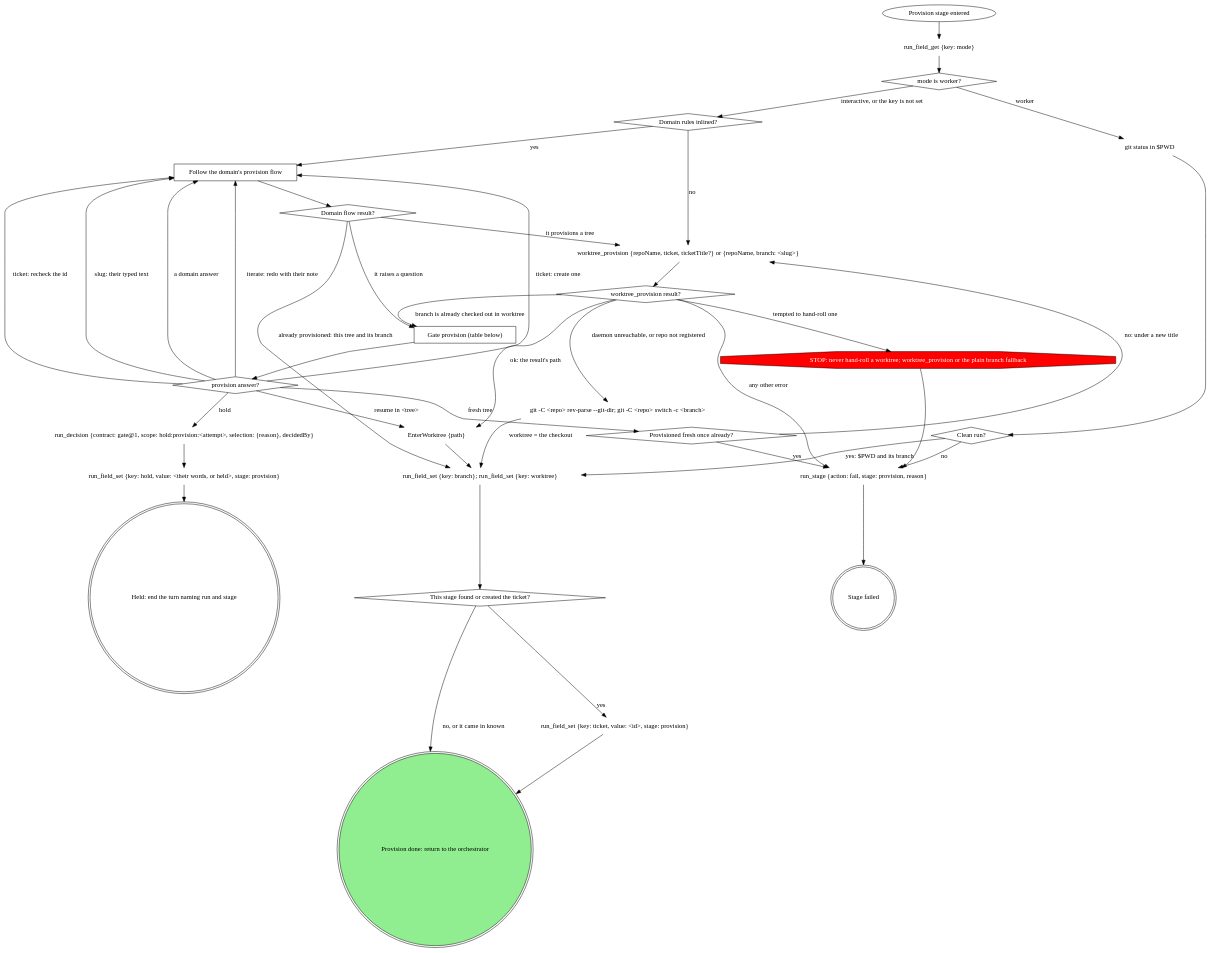
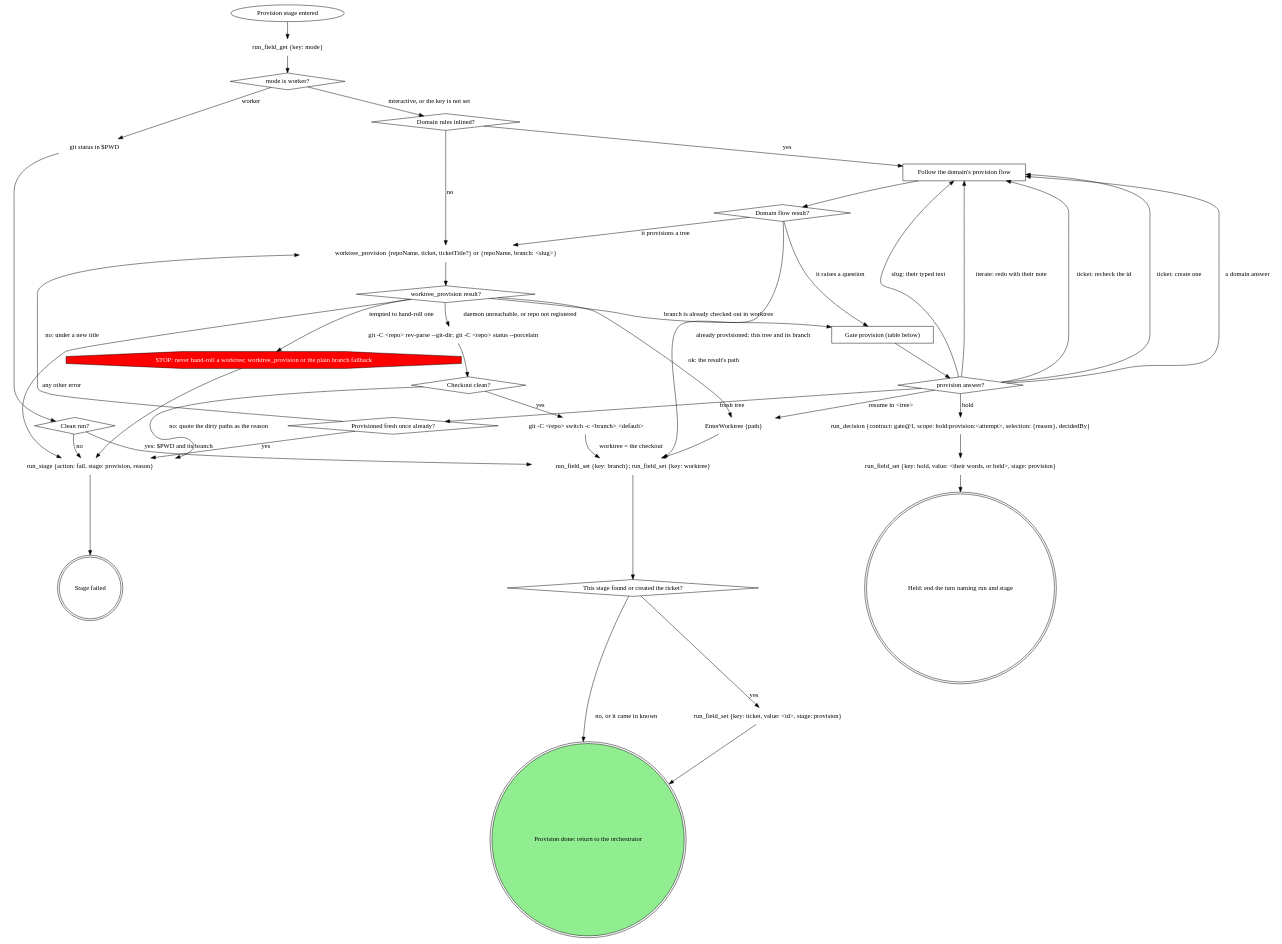
One commit to m4ttstack/skills changed the diagram in attachments/pipeline/stage-provision/SKILL.md. Above: the diagram before and after it, drawn with Graphviz. The commit also changed other lines of this file and 3 other files, not shown here.

````diff
--- a/attachments/pipeline/stage-provision/SKILL.md
+++ b/attachments/pipeline/stage-provision/SKILL.md
@@ -24,72 +24,77 @@
 ```dot
 digraph provision {
     rankdir=TB;
 
     "Provision stage entered" [shape=ellipse];
     "run_field_get {key: mode}" [shape=plaintext];
     "mode is worker?" [shape=diamond];
     "git status in $PWD" [shape=plaintext];
     "Clean run?" [shape=diamond];
     "Domain rules inlined?" [shape=diamond];
     "Follow the domain's provision flow" [shape=box];
     "Domain flow result?" [shape=diamond];
     "worktree_provision {repoName, ticket, ticketTitle?} or {repoName, branch: <slug>}" [shape=plaintext];
     "worktree_provision result?" [shape=diamond];
     "EnterWorktree {path}" [shape=plaintext];
     "Gate provision (table below)" [shape=box];
     "provision answer?" [shape=diamond];
     "Provisioned fresh once already?" [shape=diamond];
-    "git -C <repo> rev-parse --git-dir; git -C <repo> switch -c <branch>" [shape=plaintext];
+    "git -C <repo> rev-parse --git-dir; git -C <repo> status --porcelain" [shape=plaintext];
+    "Checkout clean?" [shape=diamond];
+    "git -C <repo> switch -c <branch> <default>" [shape=plaintext];
     "STOP: never hand-roll a worktree; worktree_provision or the plain branch fallback" [shape=octagon style=filled fillcolor=red fontcolor=white];
     "run_field_set {key: branch}; run_field_set {key: worktree}" [shape=plaintext];
     "This stage found or created the ticket?" [shape=diamond];
     "run_field_set {key: ticket, value: <id>, stage: provision}" [shape=plaintext];
     "run_stage {action: fail, stage: provision, reason}" [shape=plaintext];
     "run_decision {contract: gate@1, scope: hold:provision:<attempt>, selection: {reason}, decidedBy}" [shape=plaintext];
     "run_field_set {key: hold, value: <their words, or held>, stage: provision}" [shape=plaintext];
     "Held: end the turn naming run and stage" [shape=doublecircle];
     "Stage failed" [shape=doublecircle];
     "Provision done: return to the orchestrator" [shape=doublecircle style=filled fillcolor=lightgreen];
 
     "Provision stage entered" -> "run_field_get {key: mode}";
     "run_field_get {key: mode}" -> "mode is worker?";
     "mode is worker?" -> "git status in $PWD" [label="worker"];
     "mode is worker?" -> "Domain rules inlined?" [label="interactive, or the key is not set"];
     "git status in $PWD" -> "Clean run?";
     "Clean run?" -> "run_field_set {key: branch}; run_field_set {key: worktree}" [label="yes: $PWD and its branch"];
     "Clean run?" -> "run_stage {action: fail, stage: provision, reason}" [label="no"];
     "Domain rules inlined?" -> "Follow the domain's provision flow" [label="yes"];
     "Domain rules inlined?" -> "worktree_provision {repoName, ticket, ticketTitle?} or {repoName, branch: <slug>}" [label="no"];
     "Follow the domain's provision flow" -> "Domain flow result?";
     "Domain flow result?" -> "worktree_provision {repoName, ticket, ticketTitle?} or {repoName, branch: <slug>}" [label="it provisions a tree"];
     "Domain flow result?" -> "Gate provision (table below)" [label="it raises a question"];
     "Domain flow result?" -> "run_field_set {key: branch}; run_field_set {key: worktree}" [label="already provisioned: this tree and its branch"];
     "worktree_provision {repoName, ticket, ticketTitle?} or {repoName, branch: <slug>}" -> "worktree_provision result?";
     "worktree_provision result?" -> "EnterWorktree {path}" [label="ok: the result's path"];
     "worktree_provision result?" -> "Gate provision (table below)" [label="branch is already checked out in worktree"];
-    "worktree_provision result?" -> "git -C <repo> rev-parse --git-dir; git -C <repo> switch -c <branch>" [label="daemon unreachable, or repo not registered"];
+    "worktree_provision result?" -> "git -C <repo> rev-parse --git-dir; git -C <repo> status --porcelain" [label="daemon unreachable, or repo not registered"];
     "worktree_provision result?" -> "run_stage {action: fail, stage: provision, reason}" [label="any other error"];
     "worktree_provision result?" -> "STOP: never hand-roll a worktree; worktree_provision or the plain branch fallback" [label="tempted to hand-roll one"];
     "STOP: never hand-roll a worktree; worktree_provision or the plain branch fallback" -> "run_stage {action: fail, stage: provision, reason}";
-    "git -C <repo> rev-parse --git-dir; git -C <repo> switch -c <branch>" -> "run_field_set {key: branch}; run_field_set {key: worktree}" [label="worktree = the checkout"];
+    "git -C <repo> rev-parse --git-dir; git -C <repo> status --porcelain" -> "Checkout clean?";
+    "Checkout clean?" -> "git -C <repo> switch -c <branch> <default>" [label="yes"];
+    "Checkout clean?" -> "run_stage {action: fail, stage: provision, reason}" [label="no: quote the dirty paths as the reason"];
+    "git -C <repo> switch -c <branch> <default>" -> "run_field_set {key: branch}; run_field_set {key: worktree}" [label="worktree = the checkout"];
     "EnterWorktree {path}" -> "run_field_set {key: branch}; run_field_set {key: worktree}";
     "Gate provision (table below)" -> "provision answer?";
     "provision answer?" -> "EnterWorktree {path}" [label="resume in <tree>"];
     "provision answer?" -> "Provisioned fresh once already?" [label="fresh tree"];
     "provision answer?" -> "Follow the domain's provision flow" [label="ticket: create one"];
     "provision answer?" -> "Follow the domain's provision flow" [label="ticket: recheck the id"];
     "provision answer?" -> "Follow the domain's provision flow" [label="slug: their typed text"];
     "provision answer?" -> "Follow the domain's provision flow" [label="a domain answer"];
     "provision answer?" -> "Follow the domain's provision flow" [label="iterate: redo with their note"];
     "provision answer?" -> "run_decision {contract: gate@1, scope: hold:provision:<attempt>, selection: {reason}, decidedBy}" [label="hold"];
     "run_decision {contract: gate@1, scope: hold:provision:<attempt>, selection: {reason}, decidedBy}" -> "run_field_set {key: hold, value: <their words, or held>, stage: provision}";
     "run_field_set {key: hold, value: <their words, or held>, stage: provision}" -> "Held: end the turn naming run and stage";
     "Provisioned fresh once already?" -> "worktree_provision {repoName, ticket, ticketTitle?} or {repoName, branch: <slug>}" [label="no: under a new title"];
     "Provisioned fresh once already?" -> "run_stage {action: fail, stage: provision, reason}" [label="yes"];
     "run_field_set {key: branch}; run_field_set {key: worktree}" -> "This stage found or created the ticket?";
     "This stage found or created the ticket?" -> "run_field_set {key: ticket, value: <id>, stage: provision}" [label="yes"];
     "This stage found or created the ticket?" -> "Provision done: return to the orchestrator" [label="no, or it came in known"];
     "run_field_set {key: ticket, value: <id>, stage: provision}" -> "Provision done: return to the orchestrator";
     "run_stage {action: fail, stage: provision, reason}" -> "Stage failed";
 }
 ```
````
